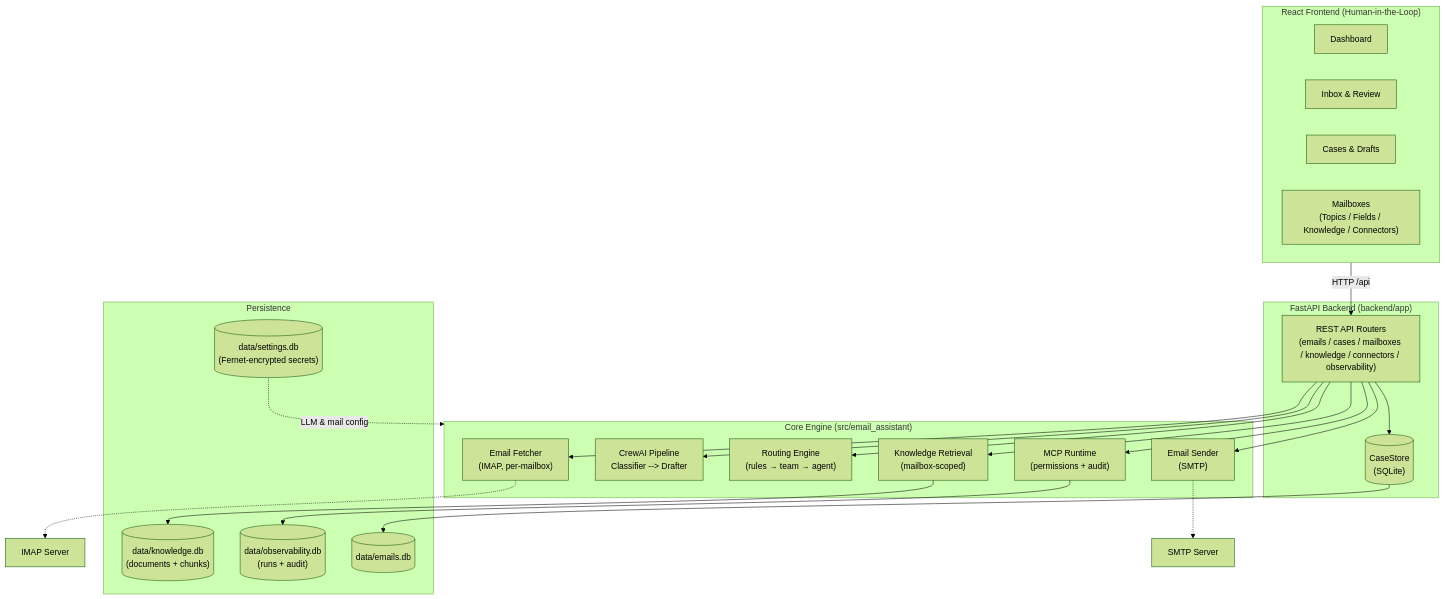
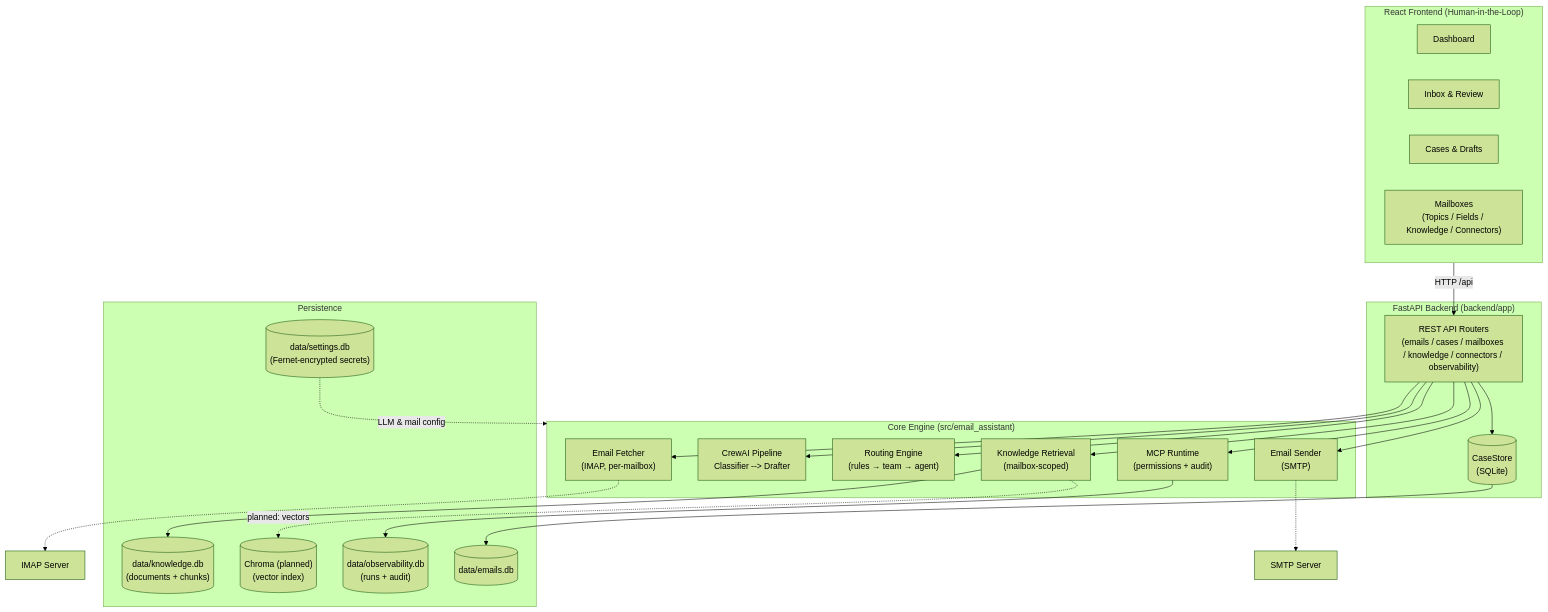
Before and after one commit to PolyU-Computer-Science/Year4-COMP4913-Capstone-Project: the diagram in README.md, drawn with Mermaid (forest theme). The commit also changed other lines of this file, not shown here.

First line of the commit message:
README: add Sprint 10 Chroma vector store plan (SQLite + Chroma hybrid)

````diff
--- a/README.md
+++ b/README.md
@@ -184,45 +184,47 @@
 ```mermaid
 flowchart TB
     subgraph UI["React Frontend (Human-in-the-Loop)"]
         Dashboard["Dashboard"]
         Inbox["Inbox & Review"]
         Cases["Cases & Drafts"]
         Mailboxes["Mailboxes<br/>(Topics / Fields / Knowledge / Connectors)"]
     end
 
     subgraph API["FastAPI Backend (backend/app)"]
         Routers["REST API Routers<br/>(emails / cases / mailboxes / knowledge / connectors / observability)"]
         Store[("CaseStore<br/>(SQLite)")]
     end
 
     subgraph Core["Core Engine (src/email_assistant)"]
         Fetcher["Email Fetcher<br/>(IMAP, per-mailbox)"]
         Crew["CrewAI Pipeline<br/>Classifier --> Drafter"]
         Routing["Routing Engine<br/>(rules → team → agent)"]
         RAG["Knowledge Retrieval<br/>(mailbox-scoped)"]
         MCP["MCP Runtime<br/>(permissions + audit)"]
         Sender["Email Sender<br/>(SMTP)"]
     end
 
     subgraph Data["Persistence"]
         EmailsDB[("data/emails.db")]
         SettingsDB[("data/settings.db<br/>(Fernet-encrypted secrets)")]
         KnowledgeDB[("data/knowledge.db<br/>(documents + chunks)")]
         ObsDB[("data/observability.db<br/>(runs + audit)")]
+        ChromaDB[("Chroma (planned)<br/>(vector index)")]
     end
 
     UI -->|HTTP /api| Routers
     Routers --> Fetcher
     Routers --> Crew
     Routers --> Routing
     Routers --> RAG
     Routers --> MCP
     Routers --> Sender
     Routers --> Store
     Store --> EmailsDB
     SettingsDB -.->|LLM & mail config| Core
     RAG --> KnowledgeDB
+    RAG -.->|"planned: vectors"| ChromaDB
     MCP --> ObsDB
     Fetcher -.-> IMAP["IMAP Server"]
     Sender -.-> SMTP["SMTP Server"]
 ```
````
